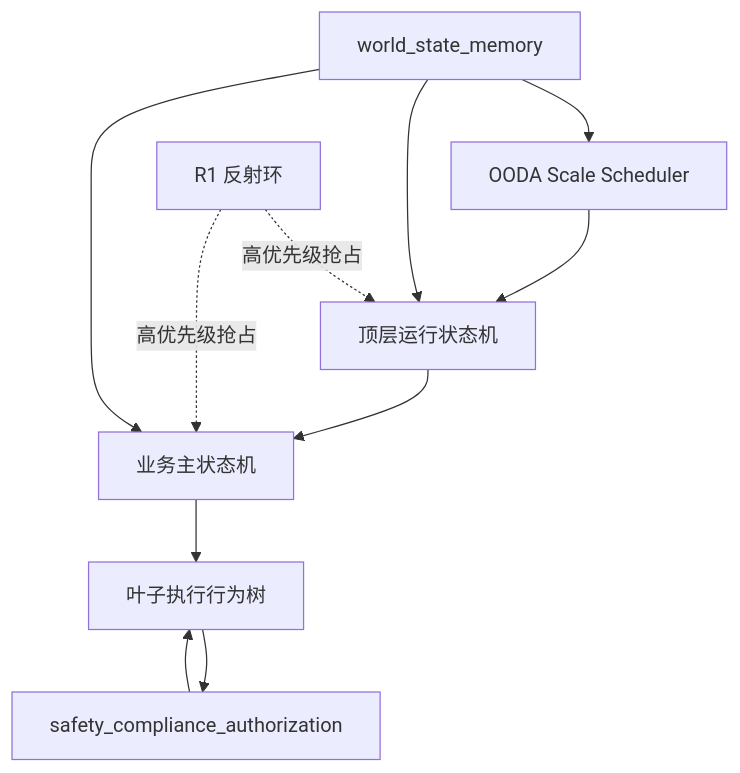
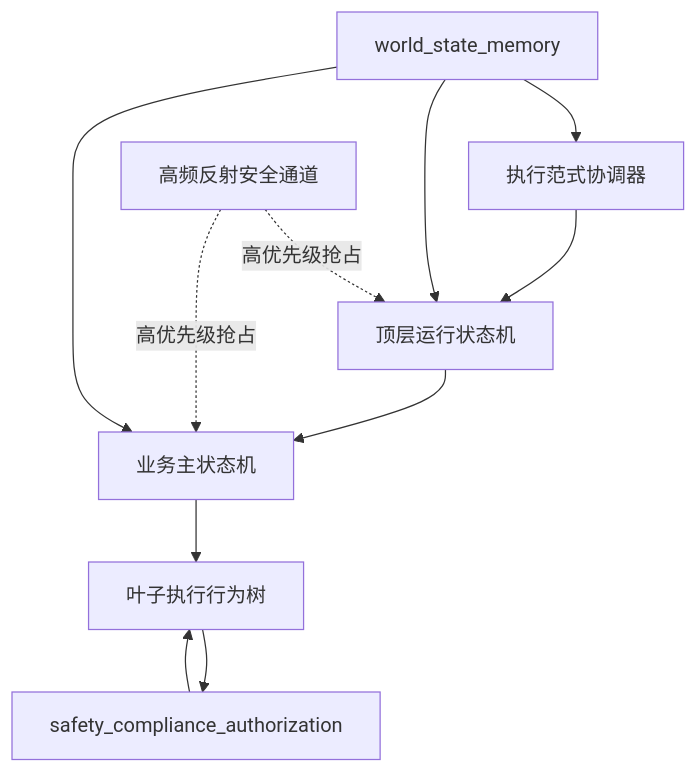
One commit to hlm12348765/Kinbot_OODA changed the first of 3 diagrams in docs/02_p1_architecture/06_decision_state_machine.md. Above: the diagram before and after it, drawn with Mermaid. The commit also changed other lines of this file and 39 other files, not shown here.

First line of the commit message:
docs(architecture): checkpoint family co-living phase baseline

````diff
--- a/docs/02_p1_architecture/06_decision_state_machine.md
+++ b/docs/02_p1_architecture/06_decision_state_machine.md
@@ -64,21 +72,21 @@
 ```mermaid
 flowchart TB
-    OSS[OODA Scale Scheduler]
+    OSS[执行范式协调器]
     TFSM[顶层运行状态机]
     BFSM[业务主状态机]
     BT[叶子执行行为树]
-    R1[R1 反射环]
+    R1[高频反射安全通道]
     WG[world_state_memory]
     SCA[safety_compliance_authorization]
 
     OSS --> TFSM
     TFSM --> BFSM
     BFSM --> BT
     WG --> OSS
     WG --> TFSM
     WG --> BFSM
     BT --> SCA
     SCA --> BT
     R1 -.高优先级抢占.-> TFSM
     R1 -.高优先级抢占.-> BFSM
 ```
````
